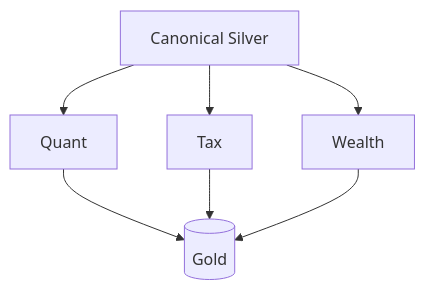
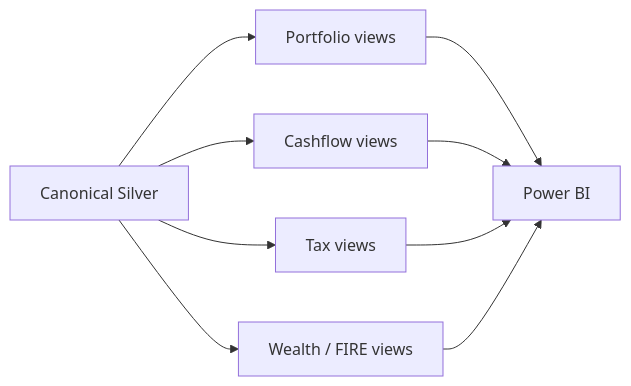
Before and after one commit to tks18/personal-finance-etl: the fifth of 7 diagrams in docs/architecture/warehouse-architecture.md, drawn with Mermaid. The commit also changed other lines of this file and 10 other files, not shown here.

Commit message:
docs: update docs/architecture for latest version

````diff
--- a/docs/architecture/warehouse-architecture.md
+++ b/docs/architecture/warehouse-architecture.md
@@ -255,9 +325,11 @@
 ```mermaid
-flowchart TB
-    SILVER[Canonical Silver] --> Q[Quant]
-    SILVER --> T[Tax]
-    SILVER --> W[Wealth]
-    Q --> GOLD[(Gold)]
-    T --> GOLD
-    W --> GOLD
+flowchart LR
+    S[Canonical Silver] --> G1[Portfolio views]
+    S --> G2[Cashflow views]
+    S --> G3[Tax views]
+    S --> G4[Wealth / FIRE views]
+    G1 --> BI[Power BI]
+    G2 --> BI
+    G3 --> BI
+    G4 --> BI
 ```
````
